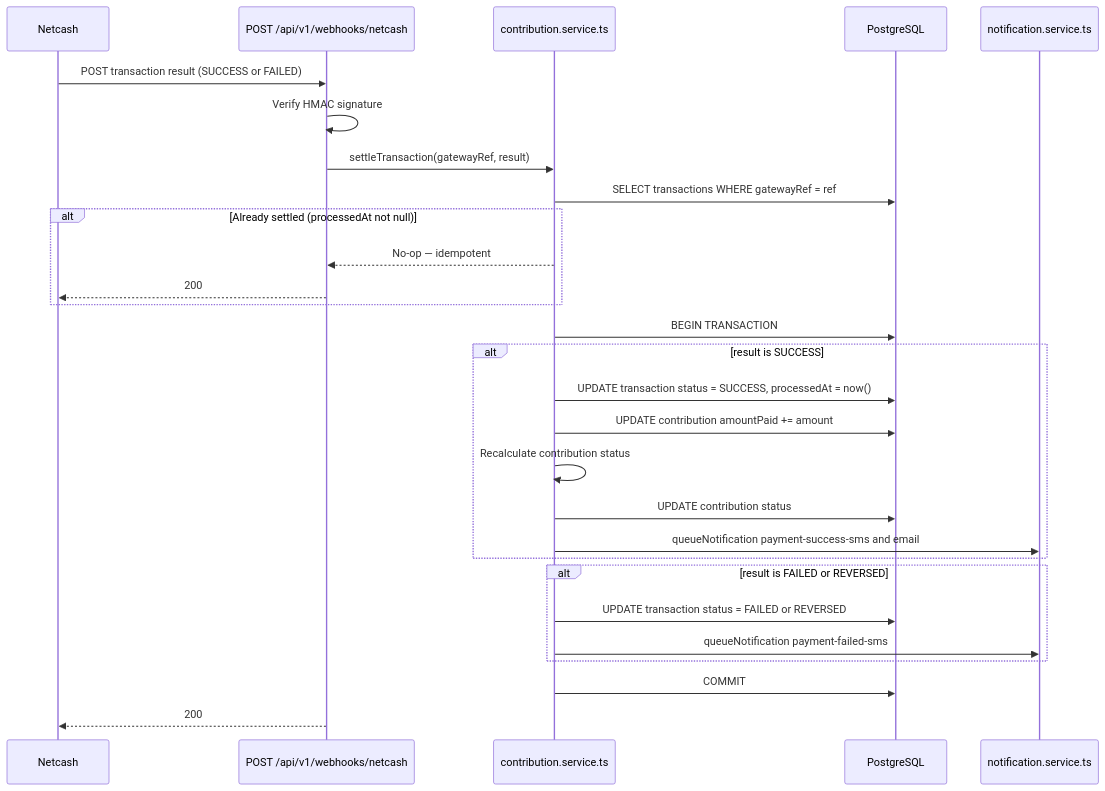
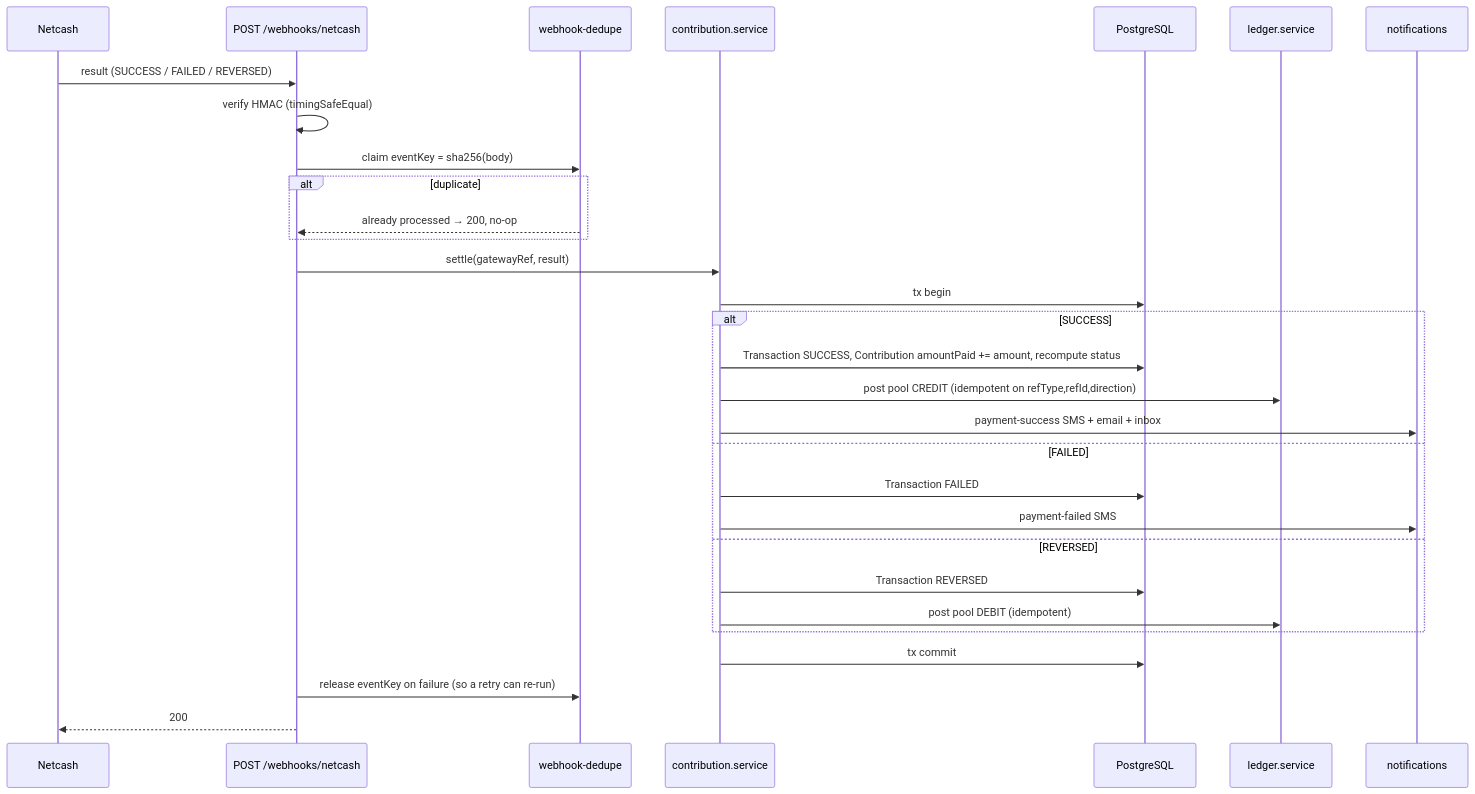
The fourth of 4 diagrams in docs/flows/02-payment-flow.md (KSDRILL-SA/Xkimi-Xa-Mali), drawn with Mermaid before and after one commit. The commit also changed other lines of this file and 4 other files, not shown here.

First line of the commit message:
docs: tighten flow diagrams and correct stale framing (#190)

````diff
--- a/docs/flows/02-payment-flow.md
+++ b/docs/flows/02-payment-flow.md
@@ -256,31 +84,33 @@
 ```mermaid
 sequenceDiagram
     participant NC as Netcash
-    participant WH as POST /api/v1/webhooks/netcash
-    participant SVC as contribution.service.ts
+    participant WH as POST /webhooks/netcash
+    participant DD as webhook-dedupe
+    participant SVC as contribution.service
     participant DB as PostgreSQL
-    participant NOTIF as notification.service.ts
+    participant LED as ledger.service
+    participant N as notifications
 
-    NC->>WH: POST transaction result (SUCCESS or FAILED)
-    WH->>WH: Verify HMAC signature
-    WH->>SVC: settleTransaction(gatewayRef, result)
-    SVC->>DB: SELECT transactions WHERE gatewayRef = ref
-    alt Already settled (processedAt not null)
-        SVC-->>WH: No-op — idempotent
-        WH-->>NC: 200
+    NC->>WH: result (SUCCESS / FAILED / REVERSED)
+    WH->>WH: verify HMAC (timingSafeEqual)
+    WH->>DD: claim eventKey = sha256(body)
+    alt duplicate
+        DD-->>WH: already processed → 200, no-op
     end
-    SVC->>DB: BEGIN TRANSACTION
-    alt result is SUCCESS
-        SVC->>DB: UPDATE transaction status = SUCCESS, processedAt = now()
-        SVC->>DB: UPDATE contribution amountPaid += amount
-        SVC->>SVC: Recalculate contribution status
-        SVC->>DB: UPDATE contribution status
-        SVC->>NOTIF: queueNotification payment-success-sms and email
+    WH->>SVC: settle(gatewayRef, result)
+    SVC->>DB: tx begin
+    alt SUCCESS
+        SVC->>DB: Transaction SUCCESS, Contribution amountPaid += amount, recompute status
+        SVC->>LED: post pool CREDIT (idempotent on refType,refId,direction)
+        SVC->>N: payment-success SMS + email + inbox
+    else FAILED
+        SVC->>DB: Transaction FAILED
+        SVC->>N: payment-failed SMS
+    else REVERSED
+        SVC->>DB: Transaction REVERSED
+        SVC->>LED: post pool DEBIT (idempotent)
     end
-    alt result is FAILED or REVERSED
-        SVC->>DB: UPDATE transaction status = FAILED or REVERSED
-        SVC->>NOTIF: queueNotification payment-failed-sms
-    end
-    SVC->>DB: COMMIT
+    SVC->>DB: tx commit
+    WH->>DD: release eventKey on failure (so a retry can re-run)
     WH-->>NC: 200
 ```
````
